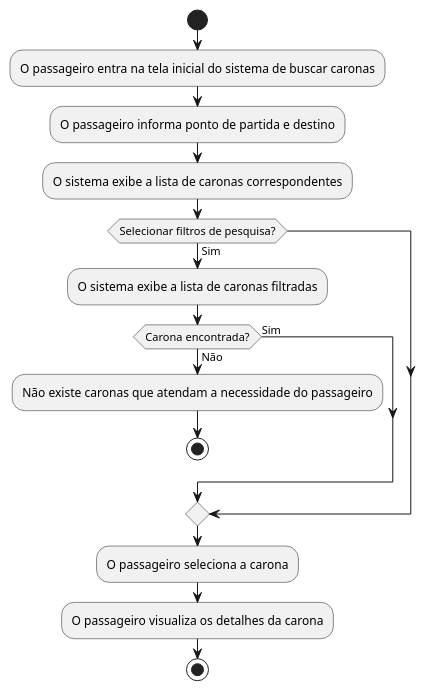
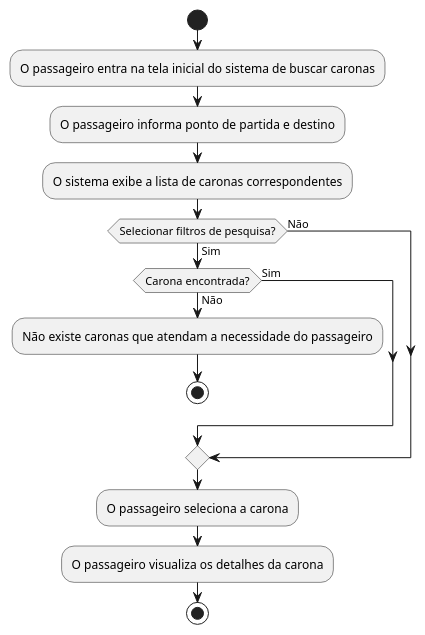
The second of 7 diagrams in docs/activity_diagram/activity.md (Pesagniya/FATEC-Ride), drawn with PlantUML before and after one commit. The commit also changed other lines of this file, not shown here.

```diff
--- a/docs/activity_diagram/activity.md
+++ b/docs/activity_diagram/activity.md
@@ -30,18 +31,19 @@
 @startuml  
 |Passageiro|  
 start  
 :O passageiro entra na tela inicial do sistema de buscar caronas;  
 :O passageiro informa ponto de partida e destino;  
-:O sistema exibe a lista de caronas correspondentes;  
-if (Selecionar filtros de pesquisa?) then (Sim)  
-:O sistema exibe a lista de caronas filtradas;  
+:O sistema exibe a lista de caronas correspondentes;
+  
+if (Selecionar filtros de pesquisa?) then (Não)  
+else (Sim)  
 if (Carona encontrada?) then (Sim)
 else (Não)  
 :Não existe caronas que atendam a necessidade do passageiro;  
 stop  
 endif  
 endif  
 :O passageiro seleciona a carona;  
 :O passageiro visualiza os detalhes da carona;  
 stop  
 @enduml  
```
